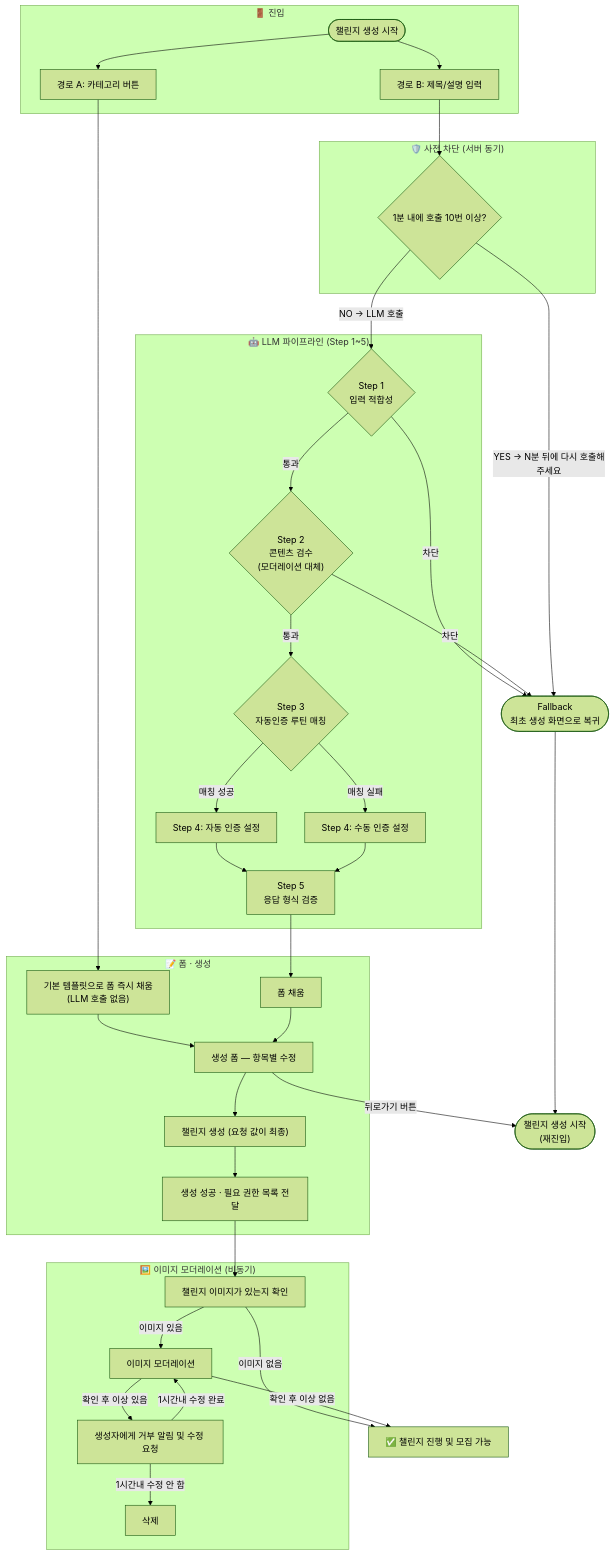
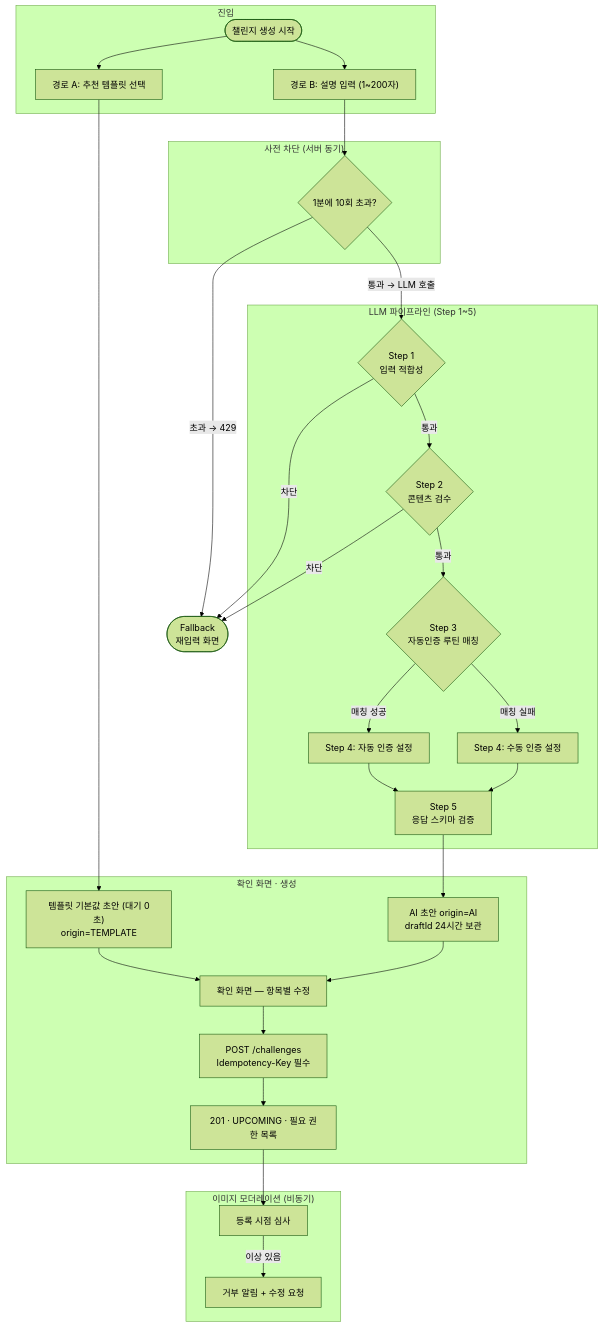
Before and after one commit to RuleUp-ASM/Backend: the second of 3 diagrams in docs/challenge/챌린지 생성 및 라이프사이클.md, drawn with Mermaid (forest theme). The commit also changed other lines of this file and 7 other files, not shown here.

````diff
--- a/docs/challenge/챌린지 생성 및 라이프사이클.md
+++ b/docs/challenge/챌린지 생성 및 라이프사이클.md
@@ -138,62 +134,53 @@
 ```mermaid
 flowchart TD
-    subgraph ENTRY["🚪 진입"]
-        START(["챌린지 생성 시작"]) --> RECO["경로 A: 카테고리 버튼"]
-        START --> AI["경로 B: 제목/설명 입력"]
+    subgraph ENTRY["진입"]
+        START(["챌린지 생성 시작"]) --> RECO["경로 A: 추천 템플릿 선택"]
+        START --> AI["경로 B: 설명 입력 (1~200자)"]
     end
 
-    subgraph GUARD["🛡️ 사전 차단 (서버 동기)"]
-        S0{"1분 내에 호출 10번 이상?"}
+    subgraph GUARD["사전 차단 (서버 동기)"]
+        S0{"1분에 10회 초과?"}
     end
 
-    subgraph LLM["🤖 LLM 파이프라인 (Step 1~5)"]
+    subgraph LLM["LLM 파이프라인 (Step 1~5)"]
         S1{"Step 1<br/>입력 적합성"}
-        S2{"Step 2<br/>콘텐츠 검수<br/>(모더레이션 대체)"}
+        S2{"Step 2<br/>콘텐츠 검수"}
         S3{"Step 3<br/>자동인증 루틴 매칭"}
         S4A["Step 4: 자동 인증 설정"]
         S4B["Step 4: 수동 인증 설정"]
-        S5["Step 5<br/>응답 형식 검증"]
+        S5["Step 5<br/>응답 스키마 검증"]
         S1 -->|통과| S2
         S2 -->|통과| S3
         S3 -->|매칭 성공| S4A
         S3 -->|매칭 실패| S4B
         S4A --> S5
         S4B --> S5
     end
 
-    subgraph FORM["📝 폼 · 생성"]
-        FILL["기본 템플릿으로 폼 즉시 채움<br/>(LLM 호출 없음)"]
-        FILL2["폼 채움"]
-        EDIT["생성 폼 — 항목별 수정"]
-        CREATE["챌린지 생성 (요청 값이 최종)"]
-        OK["생성 성공 · 필요 권한 목록 전달"]
+    subgraph FORM["확인 화면 · 생성"]
+        FILL["템플릿 기본값 초안 (대기 0초)<br/>origin=TEMPLATE"]
+        FILL2["AI 초안 origin=AI<br/>draftId 24시간 보관"]
+        EDIT["확인 화면 — 항목별 수정"]
+        CREATE["POST /challenges<br/>Idempotency-Key 필수"]
+        OK["201 · UPCOMING · 필요 권한 목록"]
         FILL --> EDIT
         FILL2 --> EDIT
         EDIT --> CREATE
         CREATE --> OK
     end
 
-    subgraph IMGMOD["🖼️ 이미지 모더레이션 (비동기)"]
-        CHECKIMAGE["챌린지 이미지가 있는지 확인"]
-        MODE["이미지 모더레이션"]
-        NO["생성자에게 거부 알림 및 수정 요청"]
-        DELETE["삭제"]
-        CHECKIMAGE -->|이미지 있음| MODE
-        MODE -->|확인 후 이상 있음| NO
-        NO -->|1시간내 수정 완료| MODE
-        NO -->|1시간내 수정 안 함| DELETE
+    subgraph IMGMOD["이미지 모더레이션 (비동기)"]
+        MODE["등록 시점 심사"]
+        NO["거부 알림 + 수정 요청"]
+        MODE -->|이상 있음| NO
     end
 
     RECO --> FILL
     AI --> S0
-    S0 -->|YES → N분 뒤에 다시 호출해주세요| FB(["Fallback<br/>최초 생성 화면으로 복귀"])
-    S0 -->|NO → LLM 호출| S1
+    S0 -->|초과 → 429| FB(["Fallback<br/>재입력 화면"])
+    S0 -->|통과 → LLM 호출| S1
     S1 -->|차단| FB
     S2 -->|차단| FB
     S5 --> FILL2
-    OK --> CHECKIMAGE
-    CHECKIMAGE -->|이미지 없음| READY["✅ 챌린지 진행 및 모집 가능"]
-    MODE -->|확인 후 이상 없음| READY
-    FB --> RESTART(["챌린지 생성 시작<br/>(재진입)"])
-    EDIT -->|뒤로가기 버튼| RESTART
+    OK --> MODE
 ```
````
